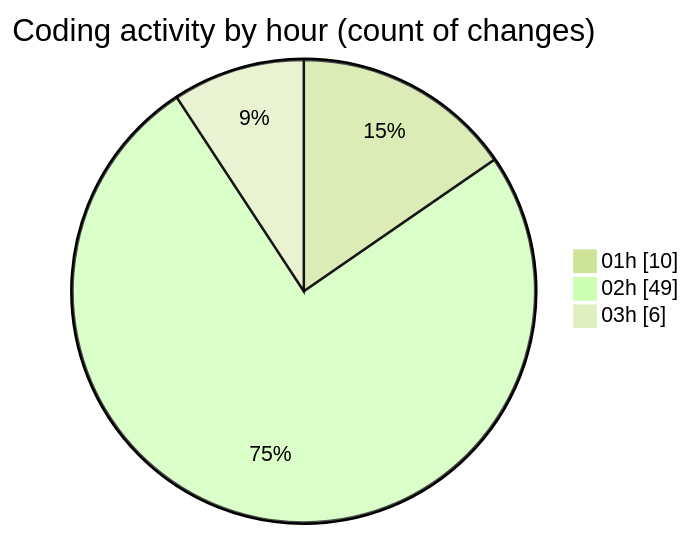
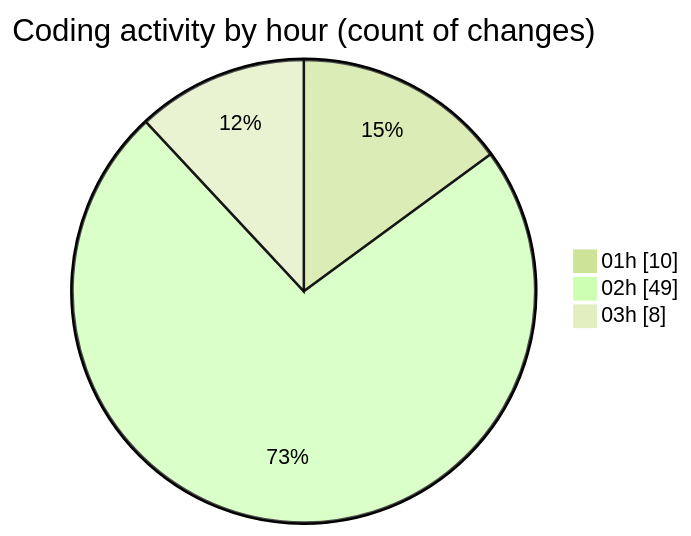
One commit to julien-gomy/code-tracking changed the second of 2 diagrams in 2025-11-21/eventscop-frontend-guide__workspace_/README.md. Above: the diagram before and after it, drawn with Mermaid (forest theme). The commit also changed other lines of this file and 1 other file, not shown here.

````diff
--- a/2025-11-21/eventscop-frontend-guide__workspace_/README.md
+++ b/2025-11-21/eventscop-frontend-guide__workspace_/README.md
@@ -57,7 +57,7 @@
 ```mermaid
 pie showData
 title Coding activity by hour (count of changes)
 "01h" : 10
 "02h" : 49
-"03h" : 6
+"03h" : 8
 ```
````
